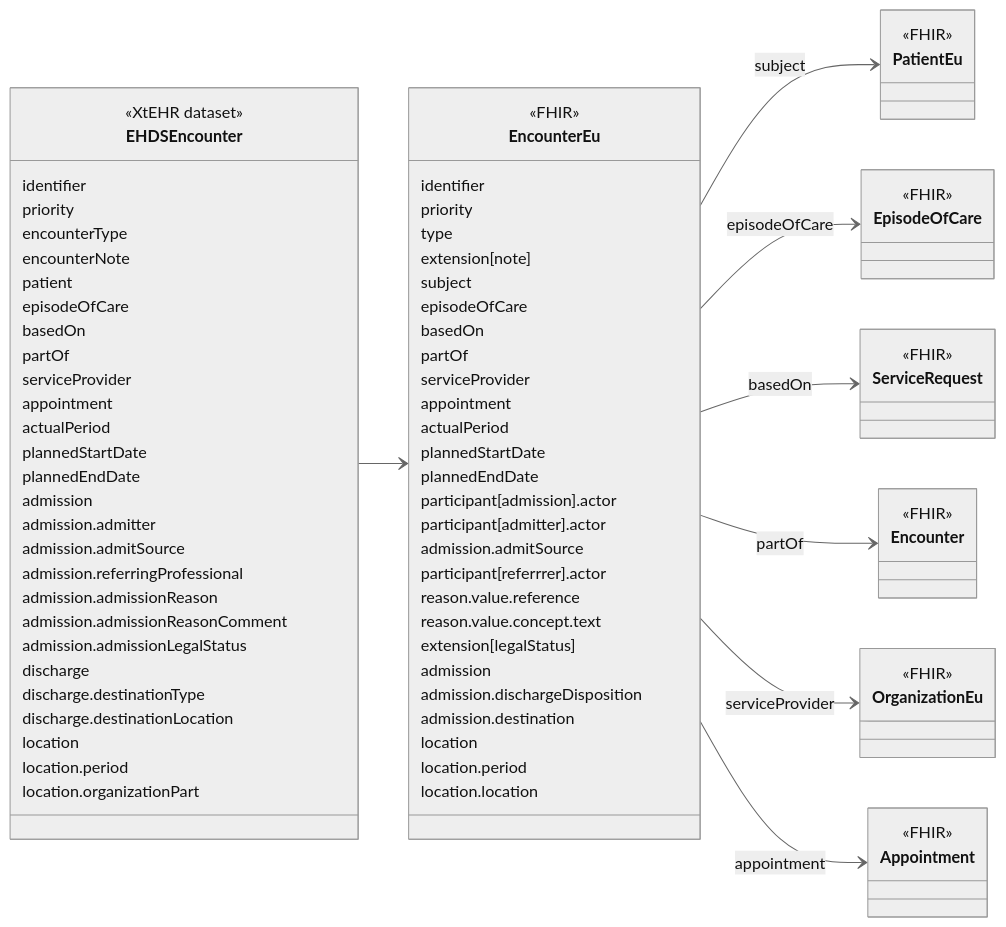
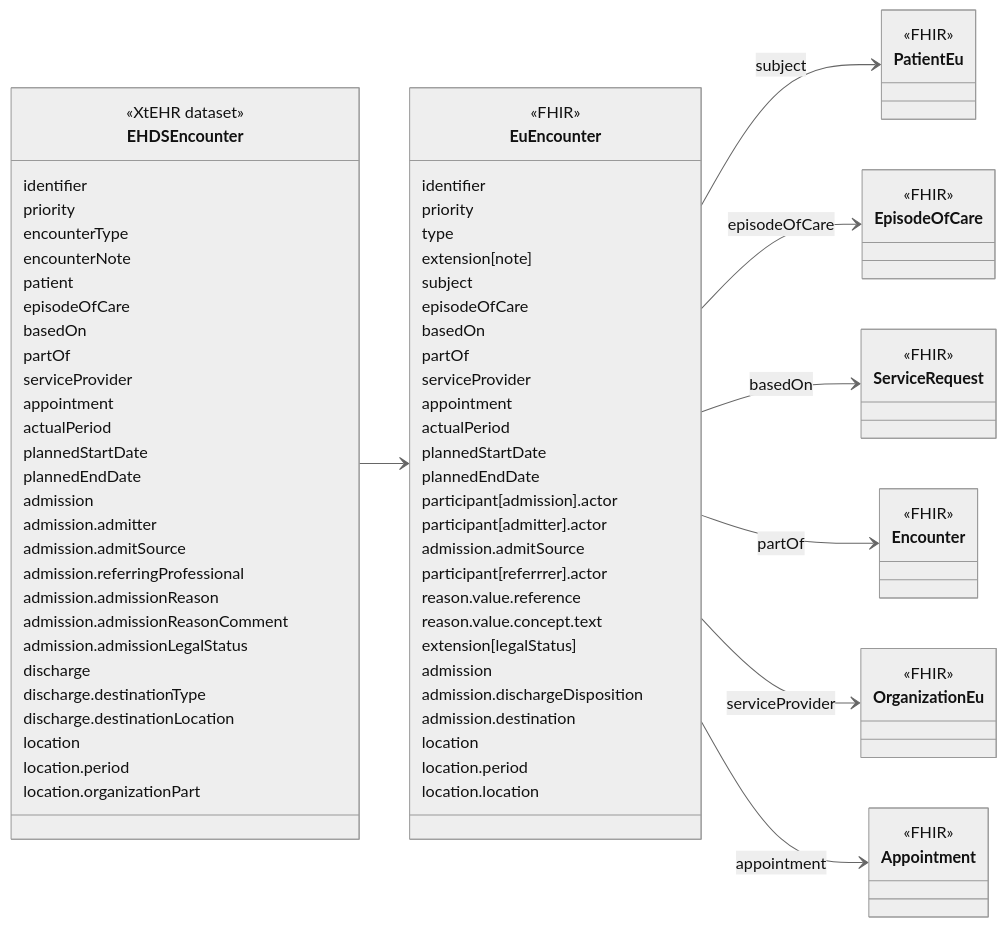
One commit to oijauregui/ehdsimaging changed the diagram in new/input/intro-notes/ConceptMap-EHDSEncounterMap-intro.md. Above: the diagram before and after it, drawn with Mermaid (neutral theme). The commit also changed 162 other files, not shown here.

````diff
--- a/new/input/intro-notes/ConceptMap-EHDSEncounterMap-intro.md
+++ b/new/input/intro-notes/ConceptMap-EHDSEncounterMap-intro.md
@@ -35,7 +35,7 @@
   location.organizationPart
 }
 link EHDSEncounter "https://build.fhir.org/ig/Xt-EHR/xt-ehr-common/StructureDefinition-EHDSEncounter.html"
-class EncounterEu{
+class EuEncounter{
   <<FHIR>>
   identifier
   priority
@@ -83,11 +83,11 @@
 class Appointment {
   <<FHIR>>
 }
-EHDSEncounter --> EncounterEu
-EncounterEu --> PatientEu : subject
-EncounterEu --> EpisodeOfCare : episodeOfCare
-EncounterEu --> ServiceRequest : basedOn
-EncounterEu --> Encounter : partOf
-EncounterEu --> OrganizationEu : serviceProvider
-EncounterEu --> Appointment : appointment
+EHDSEncounter --> EuEncounter
+EuEncounter --> PatientEu : subject
+EuEncounter --> EpisodeOfCare : episodeOfCare
+EuEncounter --> ServiceRequest : basedOn
+EuEncounter --> Encounter : partOf
+EuEncounter --> OrganizationEu : serviceProvider
+EuEncounter --> Appointment : appointment
 ```
````
